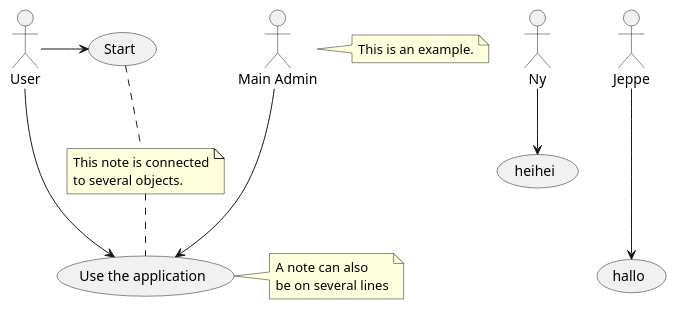
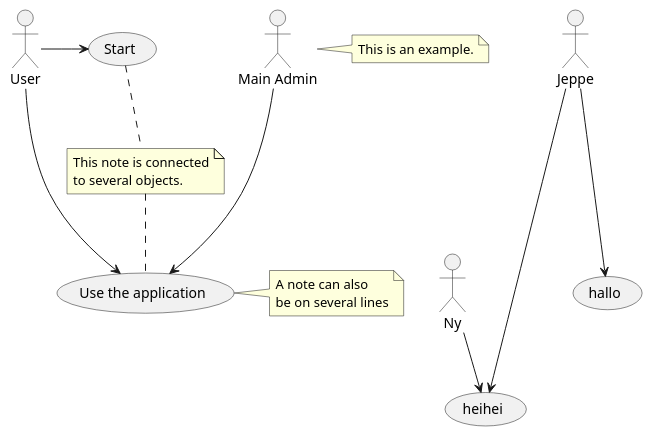
The diagram in usecase.puml (SetGruppe6/diagrammer), drawn with PlantUML before and after one commit.

Commit message:
jeppe peker nå på en ny boble

```diff
--- a/usecase.puml
+++ b/usecase.puml
@@ -1,26 +1,27 @@
 @startuml
 :Main Admin: as Admin
 (Use the application) as (Use)
 
 User -> (Start)
 User --> (Use)
 
 Admin ---> (Use)
 
 
 Ny--> (heihei)
 Jeppe---> (hallo)
+Jeppe---->(heihei)
 
 
 
 note right of Admin : This is an example.
 
 note right of (Use)
 A note can also
 be on several lines
 end note
 
 note "This note is connected\nto several objects." as N2
 (Start) .. N2
 N2 .. (Use)
 @enduml
```
